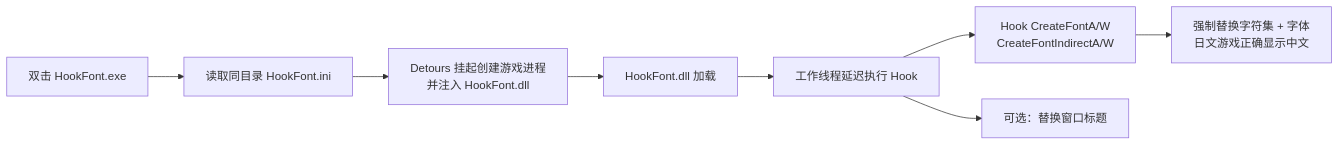
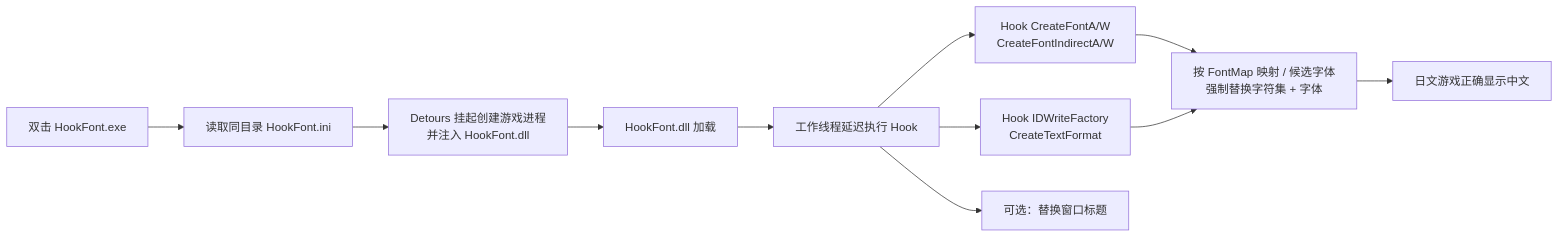
Before and after one commit to isTurn/HookFont-Test: the diagram in README.md, drawn with Mermaid. The commit also changed other lines of this file and 7 other files, not shown here.

First line of the commit message:
Add DirectWrite engine support and font map / candidate-list replacement

````diff
--- a/README.md
+++ b/README.md
@@ -54,10 +57,13 @@
 ```mermaid
 flowchart LR
     A[双击 HookFont.exe] --> B[读取同目录 HookFont.ini]
     B --> C[Detours 挂起创建游戏进程<br/>并注入 HookFont.dll]
     C --> D[HookFont.dll 加载]
     D --> E[工作线程延迟执行 Hook]
     E --> F[Hook CreateFontA/W<br/>CreateFontIndirectA/W]
-    F --> G[强制替换字符集 + 字体<br/>日文游戏正确显示中文]
-    E --> H[可选：替换窗口标题]
+    E --> G[Hook IDWriteFactory<br/>CreateTextFormat]
+    F --> H[按 FontMap 映射 / 候选字体<br/>强制替换字符集 + 字体]
+    G --> H
+    H --> I[日文游戏正确显示中文]
+    E --> J[可选：替换窗口标题]
 ```
````
